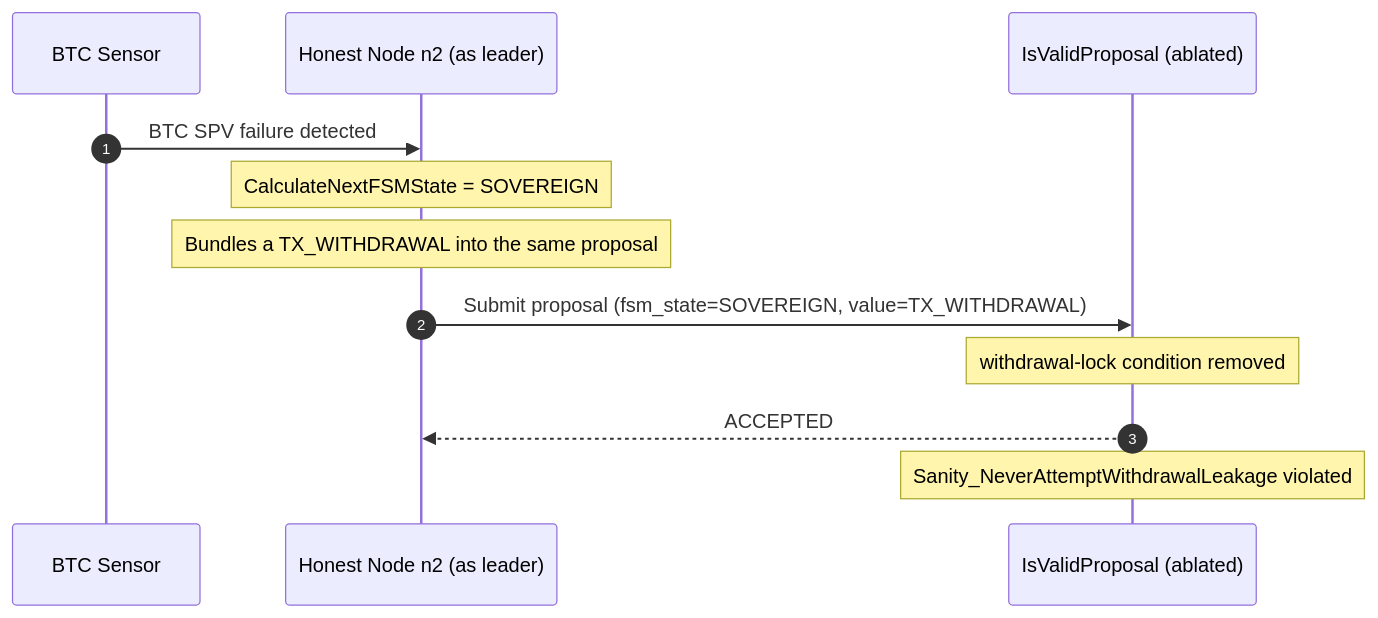
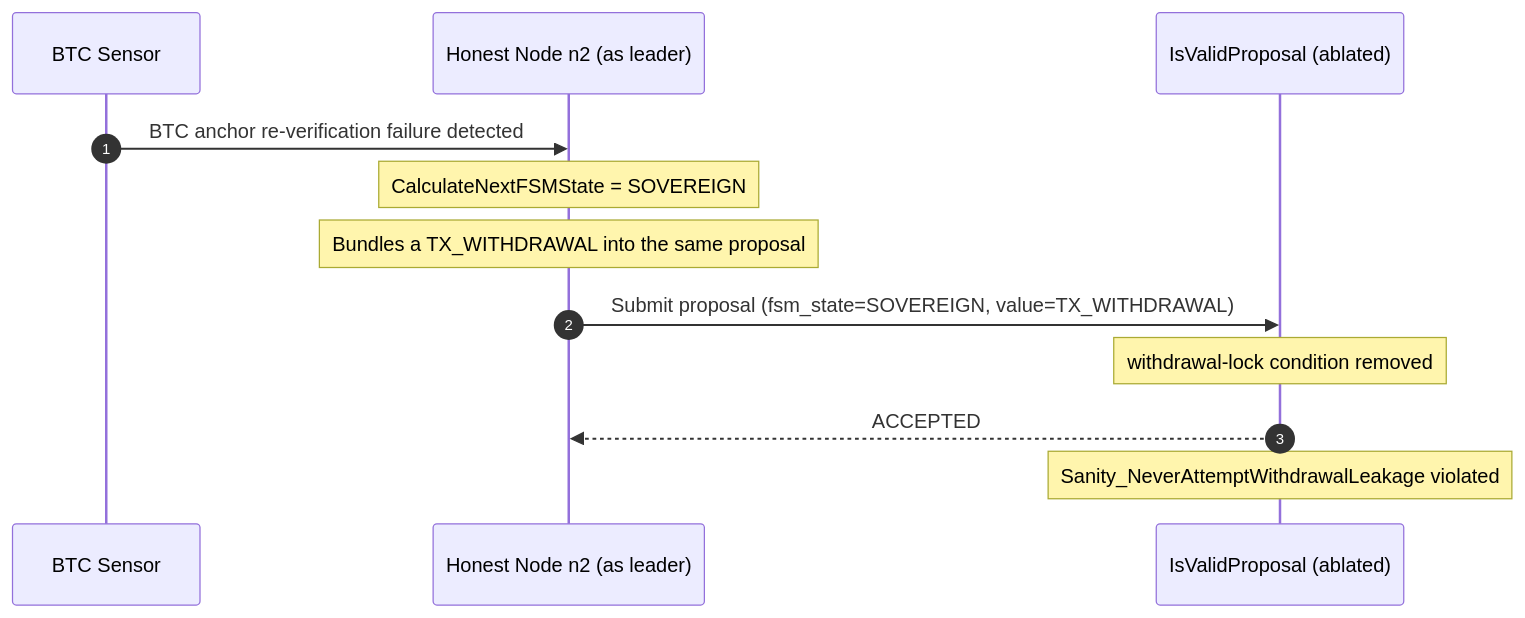
Before and after one commit to cuongct924/engram-sovereign-fsm: the fourth of 9 diagrams in spec/README.md, drawn with Mermaid. The commit also changed other lines of this file and 12 other files, not shown here.

````diff
--- a/spec/README.md
+++ b/spec/README.md
@@ -917,15 +940,15 @@
 ```mermaid
 sequenceDiagram
     autonumber
     participant S as BTC Sensor
     participant N as Honest Node n2 (as leader)
     participant F as IsValidProposal (ablated)
 
-    S->>N: BTC SPV failure detected
+    S->>N: BTC anchor re-verification failure detected
     Note over N: CalculateNextFSMState = SOVEREIGN
     Note over N: Bundles a TX_WITHDRAWAL into the same proposal
     N->>F: Submit proposal (fsm_state=SOVEREIGN, value=TX_WITHDRAWAL)
     Note over F: withdrawal-lock condition removed
     F-->>N: ACCEPTED
     Note over F: Sanity_NeverAttemptWithdrawalLeakage violated
 ```
````
